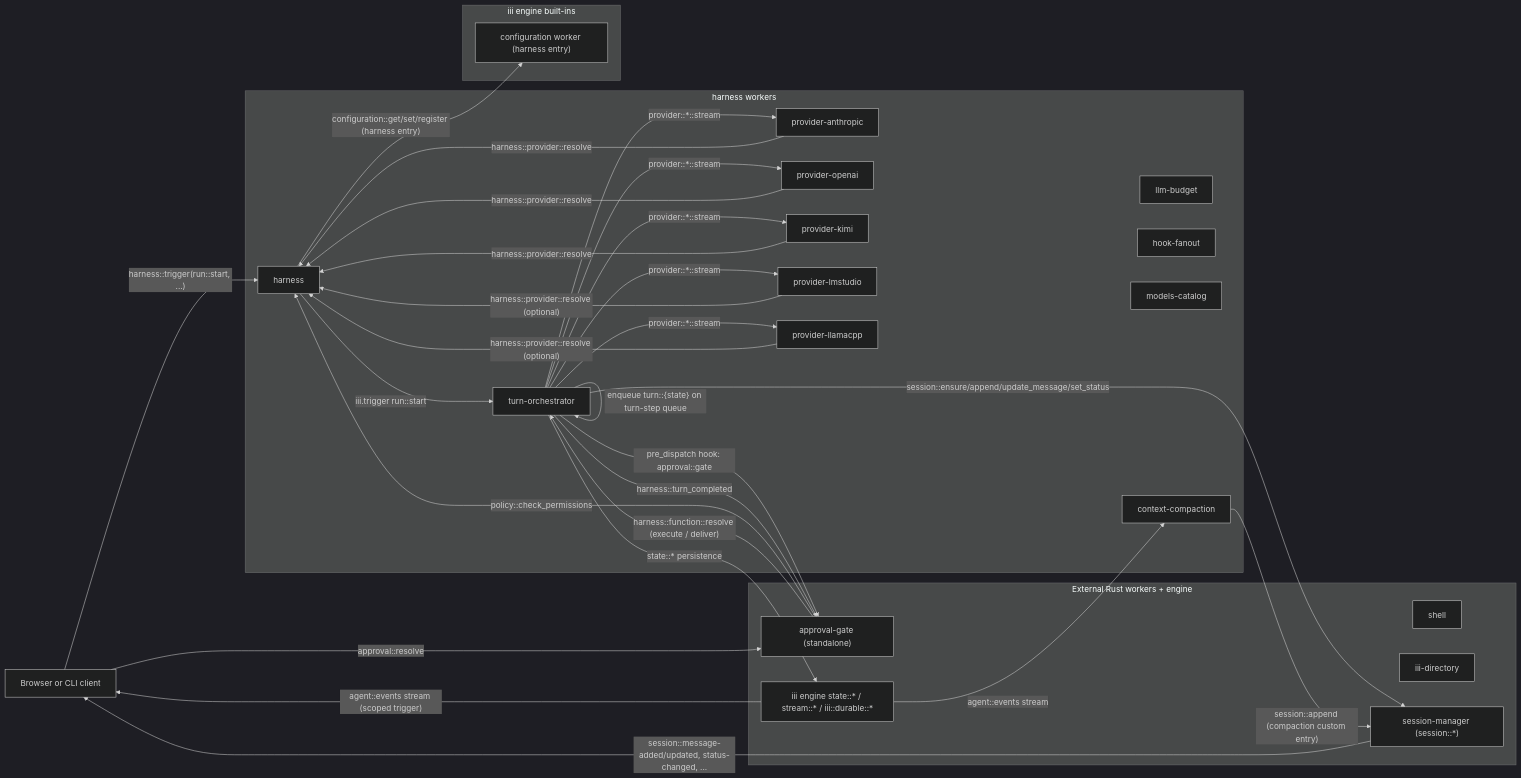
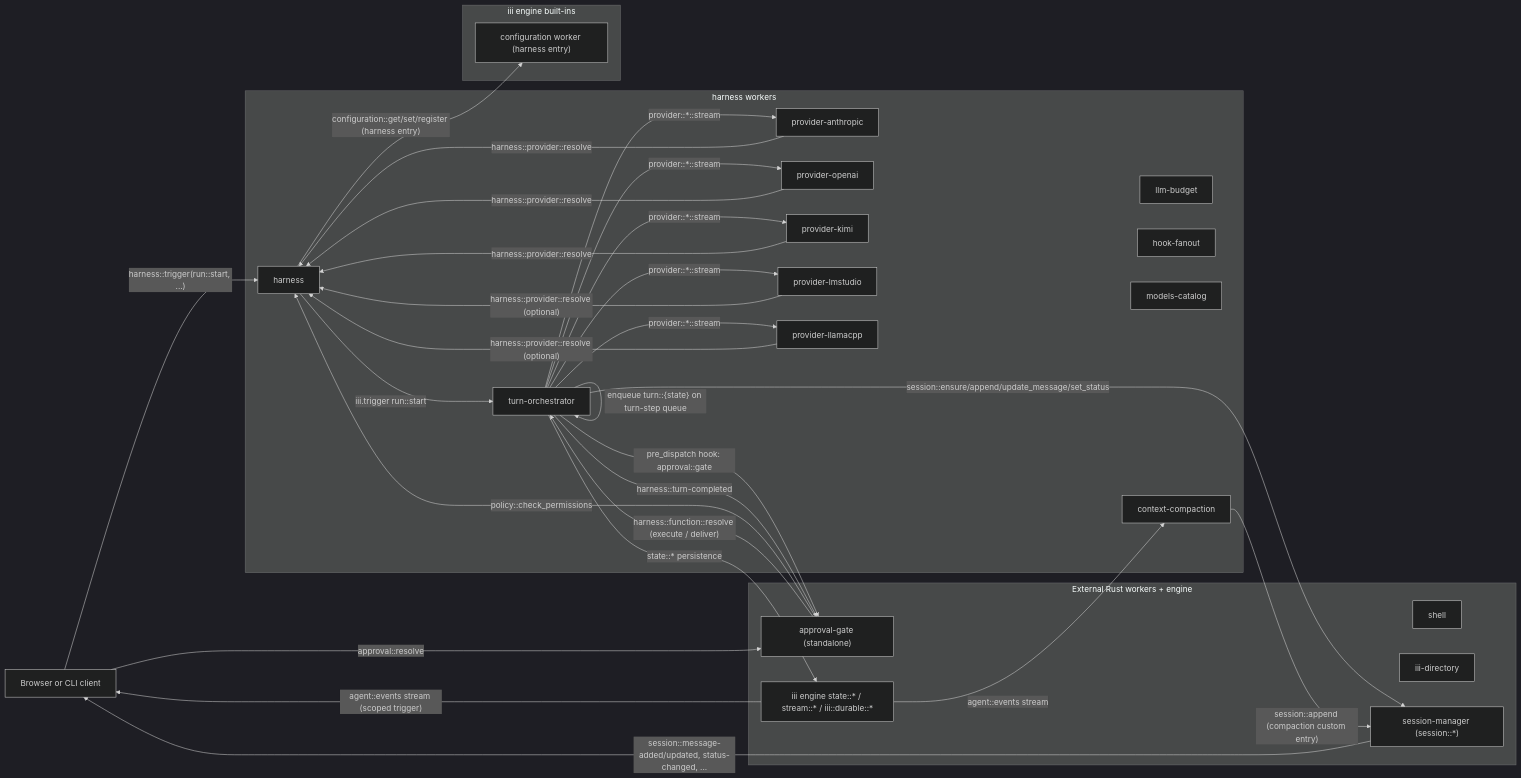
The first of 5 diagrams in harness/docs/architecture.md (iii-hq/workers), drawn with Mermaid (dark theme) before and after one commit. The commit also changed other lines of this file and 12 other files, not shown here.

First line of the commit message:
refactor(harness): kebab-case approval/hook ids to match the worker

````diff
--- a/harness/docs/architecture.md
+++ b/harness/docs/architecture.md
@@ -46,60 +46,60 @@
 ```mermaid
 flowchart LR
   client[Browser or CLI client]
 
   subgraph harnessNode [harness workers]
     harness[harness]
     turnOrch[turn-orchestrator]
     budget[llm-budget]
     hook[hook-fanout]
     models[models-catalog]
     provAnth[provider-anthropic]
     provOAI[provider-openai]
     provKimi[provider-kimi]
     provLms[provider-lmstudio]
     provLlama[provider-llamacpp]
     compact[context-compaction]
   end
 
   subgraph builtins [iii engine built-ins]
     config["configuration worker (harness entry)"]
   end
 
   subgraph external [External Rust workers + engine]
     shell[shell]
     directory[iii-directory]
     approval["approval-gate (standalone)"]
     sessionMgr["session-manager (session::*)"]
     state["iii engine state::* / stream::* / iii::durable::*"]
   end
 
   client -- "harness::trigger(run::start, ...)" --> harness
   harness -- "iii.trigger run::start" --> turnOrch
 
   turnOrch -- "provider::*::stream" --> provAnth
   turnOrch -- "provider::*::stream" --> provOAI
   turnOrch -- "provider::*::stream" --> provKimi
   turnOrch -- "provider::*::stream" --> provLms
   turnOrch -- "provider::*::stream" --> provLlama
   turnOrch -- "pre_dispatch hook: approval::gate" --> approval
   approval -- "policy::check_permissions" --> harness
   turnOrch -- "session::ensure/append/update_message/set_status" --> sessionMgr
   turnOrch -- "state::* persistence" --> state
 
   client -- "approval::resolve" --> approval
   approval -- "harness::function::resolve (execute / deliver)" --> turnOrch
-  turnOrch -- "harness::turn_completed" --> approval
+  turnOrch -- "harness::turn-completed" --> approval
   turnOrch -- "enqueue turn::{state} on turn-step queue" --> turnOrch
 
   provAnth -- "harness::provider::resolve" --> harness
   provOAI -- "harness::provider::resolve" --> harness
   provKimi -- "harness::provider::resolve" --> harness
   provLms -- "harness::provider::resolve (optional)" --> harness
   provLlama -- "harness::provider::resolve (optional)" --> harness
   harness -- "configuration::get/set/register (harness entry)" --> config
 
   state -- "agent::events stream (scoped trigger)" --> client
   state -- "agent::events stream" --> compact
   compact -- "session::append (compaction custom entry)" --> sessionMgr
   sessionMgr -- "session::message-added/updated, status-changed, ..." --> client
 ```
````
